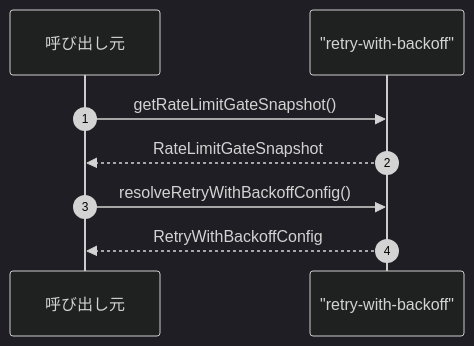
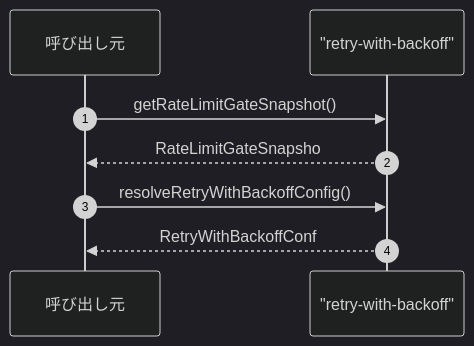
The third of 3 diagrams in ABDD/.pi/lib/retry-with-backoff.md (Mekann2904/mekann), drawn with Mermaid (dark theme) before and after one commit. The commit also changed other lines of this file and 174 other files, not shown here.

First line of the commit message:
fix(docs): ABDDのMermaid図生成エラーを修正する

````diff
--- a/ABDD/.pi/lib/retry-with-backoff.md
+++ b/ABDD/.pi/lib/retry-with-backoff.md
@@ -115,12 +115,12 @@
 ```mermaid
 sequenceDiagram
   autonumber
   participant Caller as 呼び出し元
   participant retry_with_backoff as "retry-with-backoff"
 
   Caller->>retry_with_backoff: getRateLimitGateSnapshot()
-  retry_with_backoff-->>Caller: RateLimitGateSnapshot
+  retry_with_backoff-->>Caller: RateLimitGateSnapsho
 
   Caller->>retry_with_backoff: resolveRetryWithBackoffConfig()
-  retry_with_backoff-->>Caller: RetryWithBackoffConfig
+  retry_with_backoff-->>Caller: RetryWithBackoffConf
 ```
````
